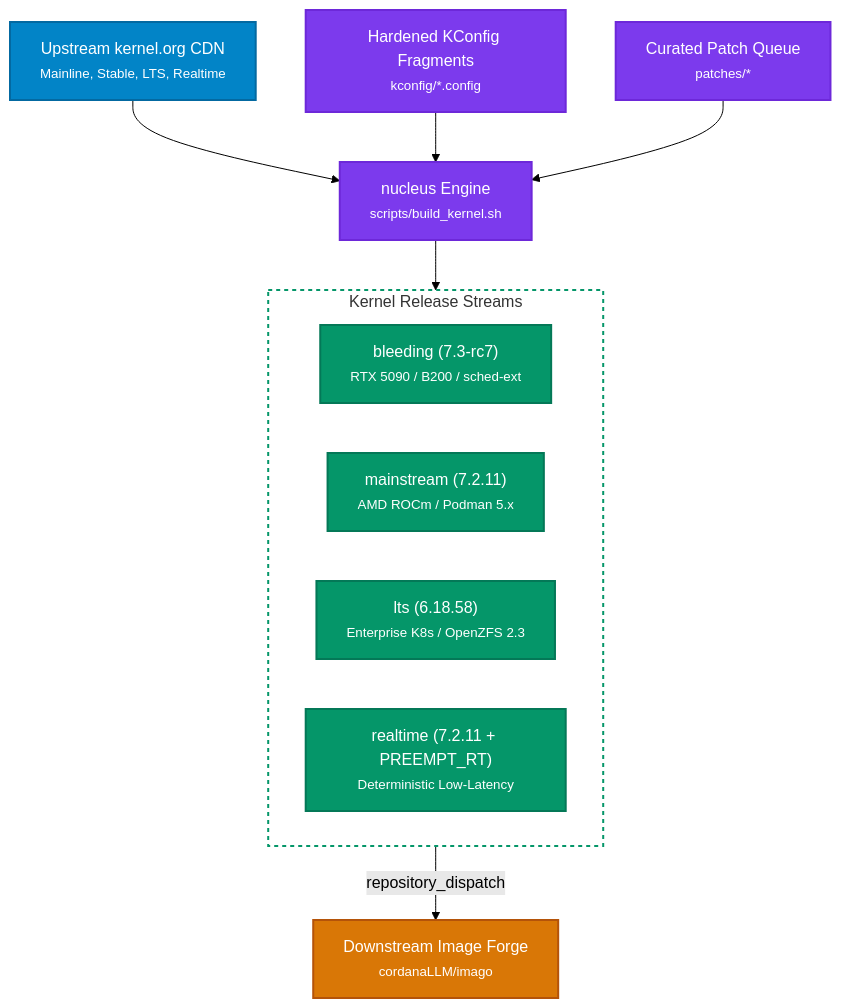
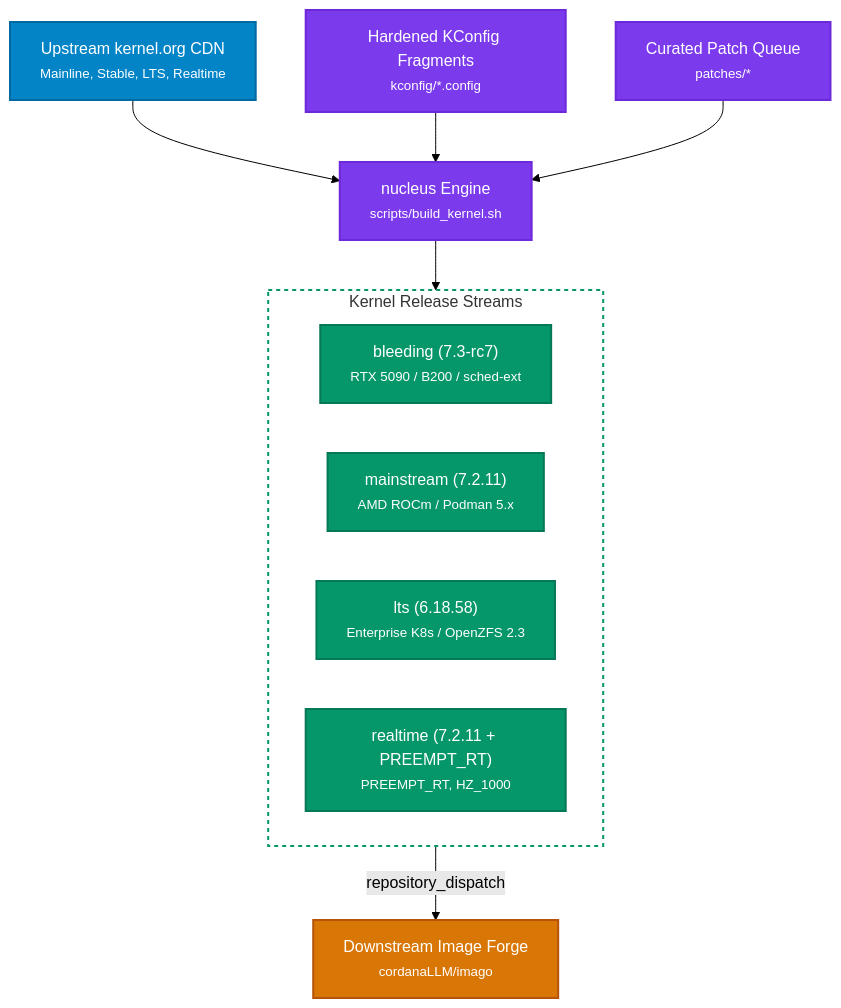
One commit to cordanaLLM/nucleus changed the diagram in README.md. Above: the diagram before and after it, drawn with Mermaid (forest theme). The commit also changed other lines of this file and 4 other files, not shown here.

````diff
--- a/README.md
+++ b/README.md
@@ -49,29 +49,29 @@
 ```mermaid
 flowchart TD
     classDef upstream fill:#0284c7,stroke:#0369a1,stroke-width:2px,color:#ffffff
     classDef engine fill:#7c3aed,stroke:#6d28d9,stroke-width:2px,color:#ffffff
     classDef stream fill:#059669,stroke:#047857,stroke-width:2px,color:#ffffff
     classDef dest fill:#d97706,stroke:#b45309,stroke-width:2px,color:#ffffff
 
     Upstream["Upstream kernel.org CDN<br/><small>Mainline, Stable, LTS, Realtime</small>"]:::upstream
     Forge["nucleus Engine<br/><small>scripts/build_kernel.sh</small>"]:::engine
     KConfig["Hardened KConfig Fragments<br/><small>kconfig/*.config</small>"]:::engine
     Patches["Curated Patch Queue<br/><small>patches/*</small>"]:::engine
 
     subgraph Streams["Kernel Release Streams"]
         Bleeding["bleeding (7.3-rc7)<br/><small>RTX 5090 / B200 / sched-ext</small>"]:::stream
         Mainstream["mainstream (7.2.11)<br/><small>AMD ROCm / Podman 5.x</small>"]:::stream
         LTS["lts (6.18.58)<br/><small>Enterprise K8s / OpenZFS 2.3</small>"]:::stream
-        RT["realtime (7.2.11 + PREEMPT_RT)<br/><small>Deterministic Low-Latency</small>"]:::stream
+        RT["realtime (7.2.11 + PREEMPT_RT)<br/><small>PREEMPT_RT, HZ_1000</small>"]:::stream
     end
 
     Downstream["Downstream Image Forge<br/><small>cordanaLLM/imago</small>"]:::dest
 
     Upstream --> Forge
     KConfig --> Forge
     Patches --> Forge
     Forge --> Streams
     Streams -->|"repository_dispatch"| Downstream
 
     style Streams fill:none,stroke:#059669,stroke-width:2px,stroke-dasharray: 4 4
 ```
````
